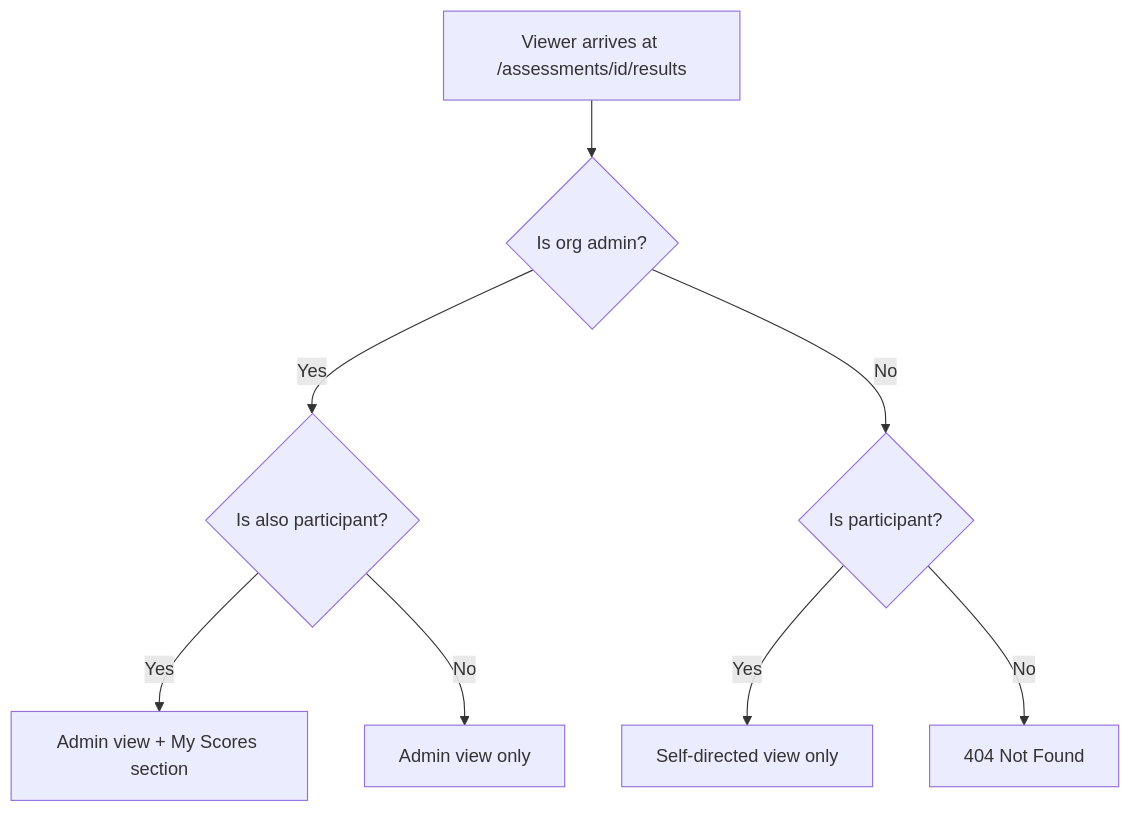
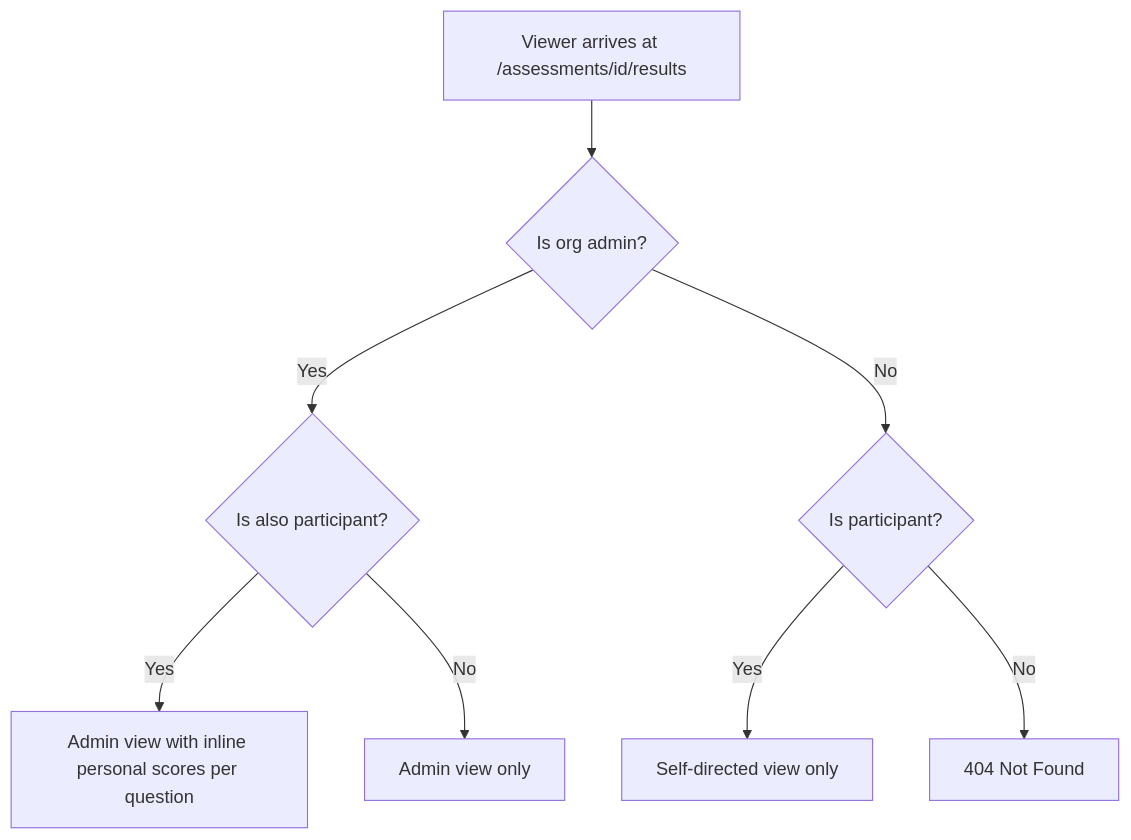
Before and after one commit to mironyx/feature-comprehension-score: the second of 3 diagrams in docs/design/lld-nav-results.md, drawn with Mermaid. The commit also changed other lines of this file and 7 other files, not shown here.

````diff
--- a/docs/design/lld-nav-results.md
+++ b/docs/design/lld-nav-results.md
@@ -64,10 +64,10 @@
 ```mermaid
 flowchart TD
     A[Viewer arrives at /assessments/id/results] --> B{Is org admin?}
     B -->|Yes| C{Is also participant?}
     B -->|No| D{Is participant?}
-    C -->|Yes| E[Admin view + My Scores section]
+    C -->|Yes| E[Admin view with inline personal scores per question]
     C -->|No| F[Admin view only]
     D -->|Yes| G[Self-directed view only]
     D -->|No| H[404 Not Found]
 ```
````
